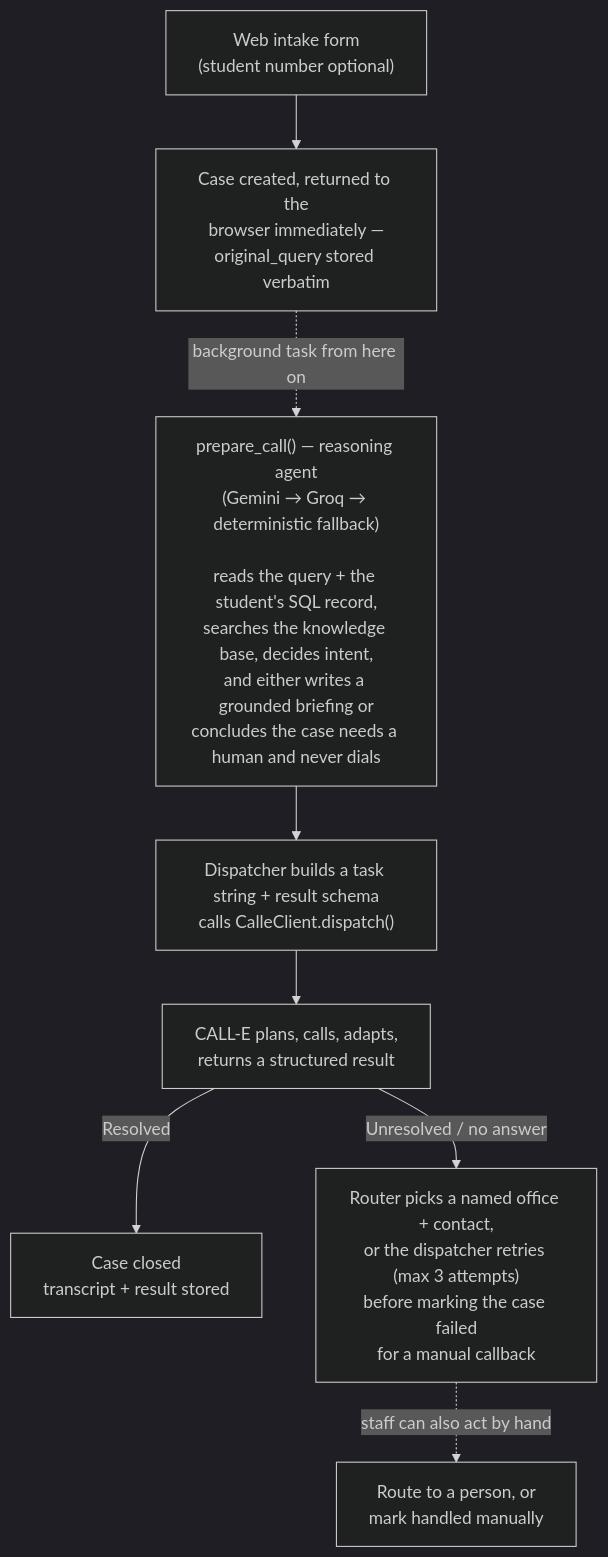
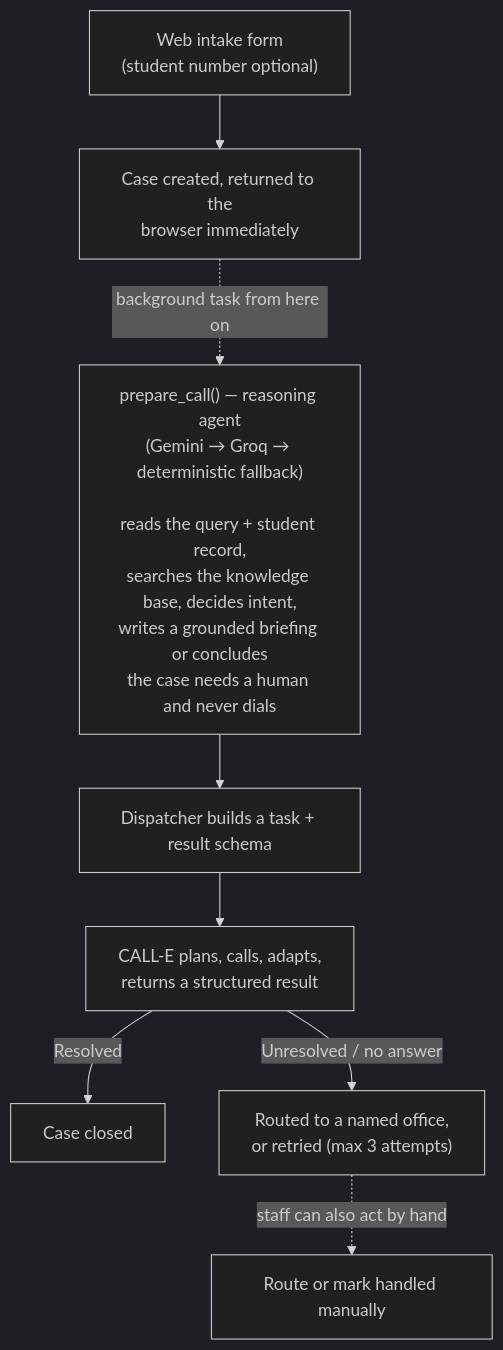
Before and after one commit to DrGitman/Ringback: the diagram in README.md, drawn with Mermaid (dark theme). The commit also changed other lines of this file, not shown here.

````diff
--- a/README.md
+++ b/README.md
@@ -25,10 +23,10 @@
 ```mermaid
 flowchart TD
-    A["Web intake form<br/>(student number optional)"] --> B["Case created, returned to the<br/>browser immediately —<br/>original_query stored verbatim"]
-    B -.->|background task from here on| C["prepare_call() — reasoning agent<br/>(Gemini → Groq → deterministic fallback)<br/><br/>reads the query + the student's SQL record,<br/>searches the knowledge base, decides intent,<br/>and either writes a grounded briefing or<br/>concludes the case needs a human and never dials"]
-    C --> D["Dispatcher builds a task string + result schema<br/>calls CalleClient.dispatch()"]
+    A["Web intake form<br/>(student number optional)"] --> B["Case created, returned to the<br/>browser immediately"]
+    B -.->|background task from here on| C["prepare_call() — reasoning agent<br/>(Gemini → Groq → deterministic fallback)<br/><br/>reads the query + student record,<br/>searches the knowledge base, decides intent,<br/>writes a grounded briefing or concludes<br/>the case needs a human and never dials"]
+    C --> D["Dispatcher builds a task + result schema"]
     D --> E["CALL-E plans, calls, adapts,<br/>returns a structured result"]
-    E -->|Resolved| F["Case closed<br/>transcript + result stored"]
-    E -->|"Unresolved / no answer"| G["Router picks a named office + contact,<br/>or the dispatcher retries (max 3 attempts)<br/>before marking the case failed<br/>for a manual callback"]
-    G -.->|staff can also act by hand| H["Route to a person, or<br/>mark handled manually"]
+    E -->|Resolved| F["Case closed"]
+    E -->|"Unresolved / no answer"| G["Routed to a named office,<br/>or retried (max 3 attempts)"]
+    G -.->|staff can also act by hand| H["Route or mark handled manually"]
 ```
````
